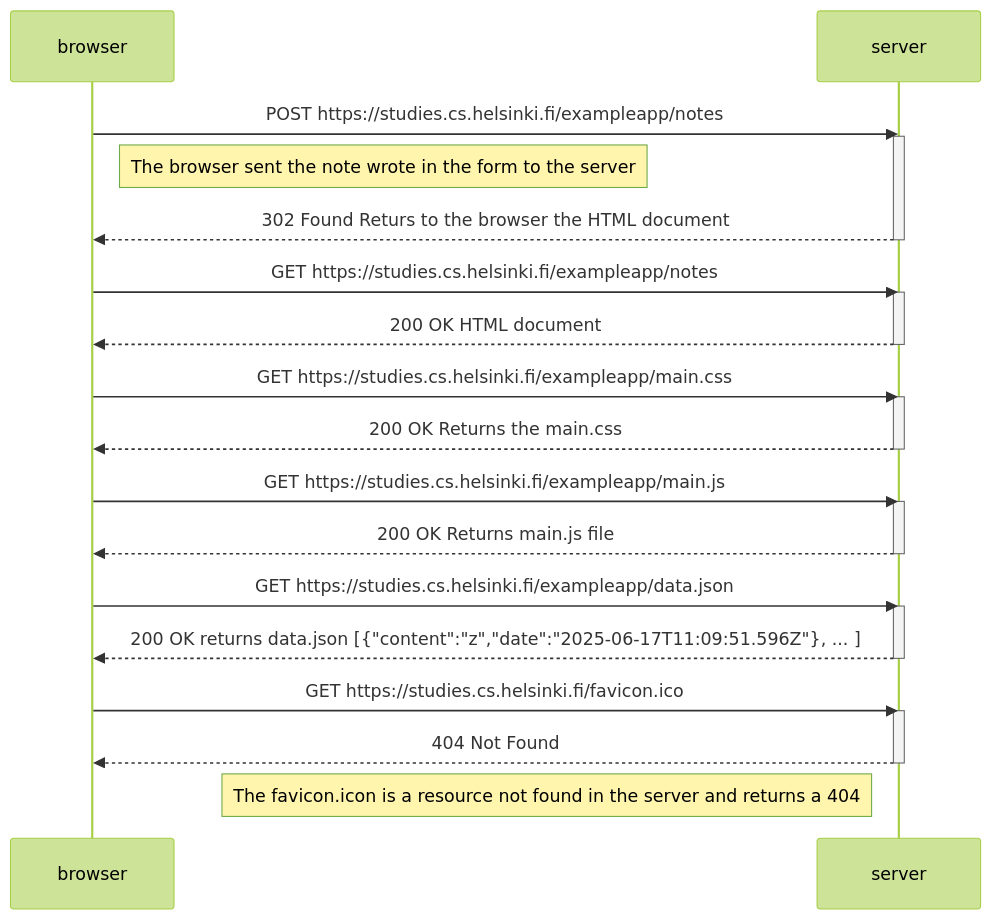
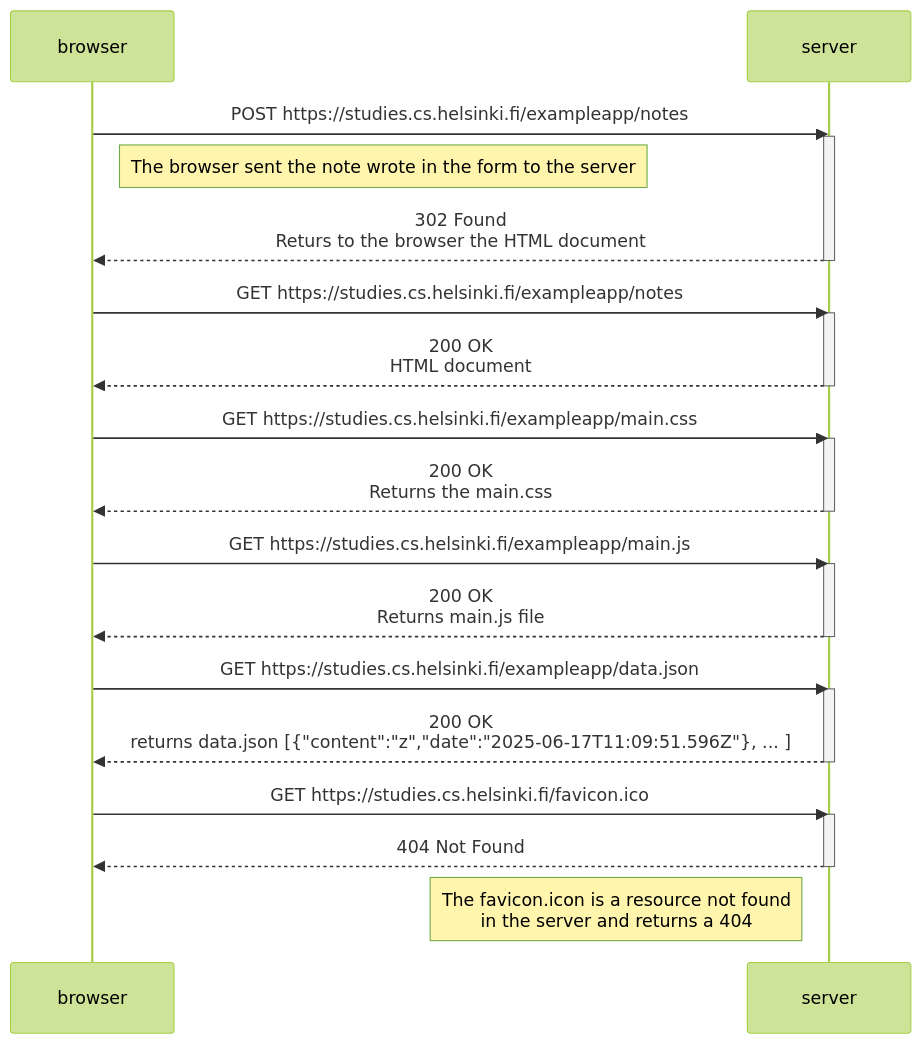
The diagram in part0/0.4_DiagramNewNote.md (Mestpal/fullstackopen), drawn with Mermaid (forest theme) before and after one commit. The commit also changed 2 other files, not shown here.

Commit message:
Exercises 0.5 & 0.6

````diff
--- a/part0/0.4_DiagramNewNote.md
+++ b/part0/0.4_DiagramNewNote.md
@@ -3,37 +3,37 @@
 ``` mermaid
     sequenceDiagram
     participant browser
     participant server
 
     browser->>server: POST https://studies.cs.helsinki.fi/exampleapp/notes
     activate server
     Note right of browser: The browser sent the note wrote in the form to the server
-    server-->>browser: 302 Found Returs to the browser the HTML document
+    server-->>browser: 302 Found <br> Returs to the browser the HTML document
     deactivate server
 
     browser->>server: GET https://studies.cs.helsinki.fi/exampleapp/notes
     activate server
-    server-->>browser: 200 OK HTML document
+    server-->>browser: 200 OK <br> HTML document
     deactivate server
 
     browser->>server: GET https://studies.cs.helsinki.fi/exampleapp/main.css
     activate server
-    server-->>browser: 200 OK Returns the main.css
+    server-->>browser: 200 OK <br> Returns the main.css
     deactivate server
 
     browser->>server: GET https://studies.cs.helsinki.fi/exampleapp/main.js
     activate server
-    server-->>browser: 200 OK Returns main.js file
+    server-->>browser: 200 OK <br> Returns main.js file
     deactivate server
 
     browser->>server: GET https://studies.cs.helsinki.fi/exampleapp/data.json
     activate server
-    server-->>browser: 200 OK returns data.json [{"content":"z","date":"2025-06-17T11:09:51.596Z"}, ... ]
+    server-->>browser: 200 OK <br> returns data.json [{"content":"z","date":"2025-06-17T11:09:51.596Z"}, ... ]
     deactivate server
 
     browser->>server: GET https://studies.cs.helsinki.fi/favicon.ico
     activate server
     server-->>browser: 404 Not Found
     deactivate server
-    Note left of server: The favicon.icon is a resource not found in the server and returns a 404
+    Note left of server: The favicon.icon is a resource not found <br>in the server and returns a 404
 ```
````
